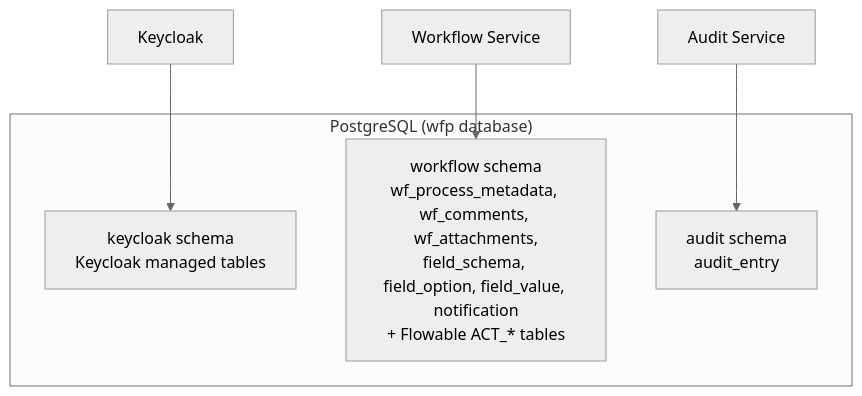
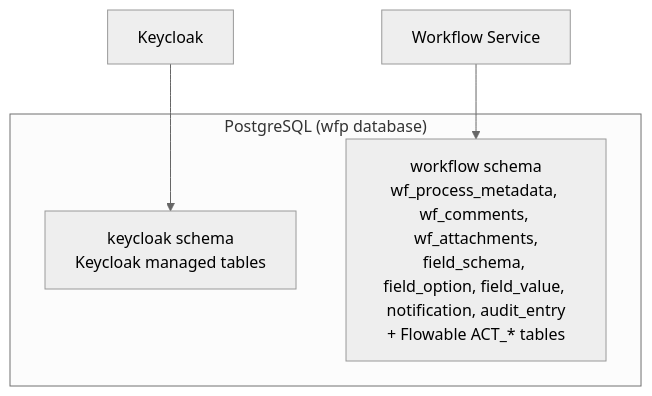
Before and after one commit to mszalus/workflow-platform: the third of 6 diagrams in docs/architecture/c4-deployment.md, drawn with Mermaid (neutral theme). The commit also changed other lines of this file and 101 other files, not shown here.

First line of the commit message:
feat(workflow): fold audit-service into workflow-service and remove RabbitMQ

````diff
--- a/docs/architecture/c4-deployment.md
+++ b/docs/architecture/c4-deployment.md
@@ -60,12 +52,10 @@
 ```mermaid
 flowchart TD
     subgraph "PostgreSQL (wfp database)"
         KS["keycloak schema<br/>Keycloak managed tables"]
-        WS["workflow schema<br/>wf_process_metadata, wf_comments, wf_attachments,<br/>field_schema, field_option, field_value, notification<br/>+ Flowable ACT_* tables"]
-        AS["audit schema<br/>audit_entry"]
+        WS["workflow schema<br/>wf_process_metadata, wf_comments, wf_attachments,<br/>field_schema, field_option, field_value, notification, audit_entry<br/>+ Flowable ACT_* tables"]
     end
 
     KC[Keycloak] --> KS
     WF[Workflow Service] --> WS
-    AU[Audit Service] --> AS
 ```
````
